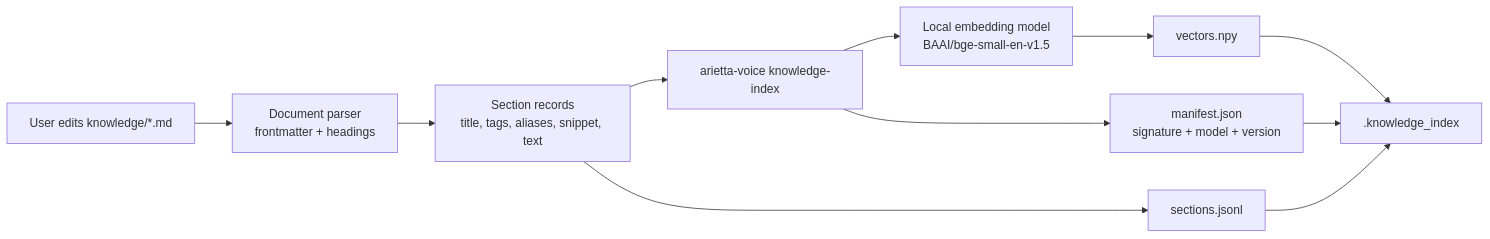
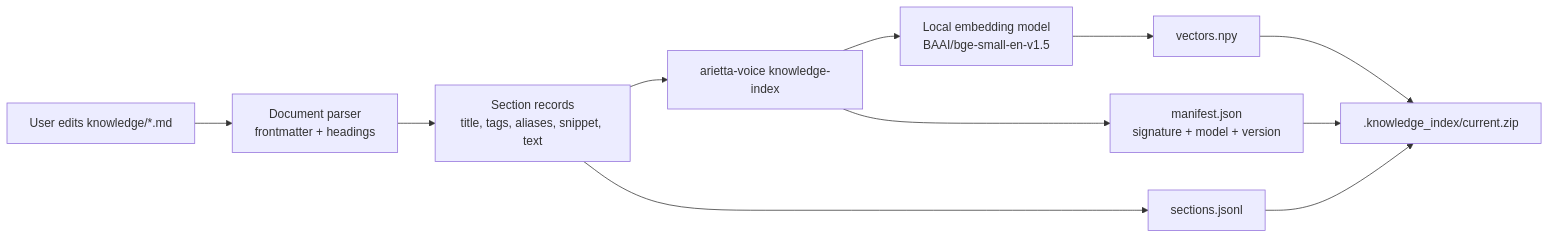
One commit to robert-mcdermott/arietta-voice changed the fourth of 5 diagrams in docs/architecture.md. Above: the diagram before and after it, drawn with Mermaid. The commit also changed other lines of this file and 11 other files, not shown here.

````diff
--- a/docs/architecture.md
+++ b/docs/architecture.md
@@ -408,13 +408,13 @@
 ```mermaid
 flowchart LR
     AUTHOR["User edits knowledge/*.md"] --> PARSE["Document parser<br/>frontmatter + headings"]
     PARSE --> SECTIONS["Section records<br/>title, tags, aliases, snippet, text"]
     SECTIONS --> INDEXCMD["arietta-voice knowledge-index"]
     INDEXCMD --> EMBED["Local embedding model<br/>BAAI/bge-small-en-v1.5"]
     EMBED --> VECTORS["vectors.npy"]
     SECTIONS --> JSONL["sections.jsonl"]
     INDEXCMD --> MANIFEST["manifest.json<br/>signature + model + version"]
-    VECTORS --> STORE[".knowledge_index"]
+    VECTORS --> STORE[".knowledge_index/current.zip"]
     JSONL --> STORE
     MANIFEST --> STORE
 ```
````
